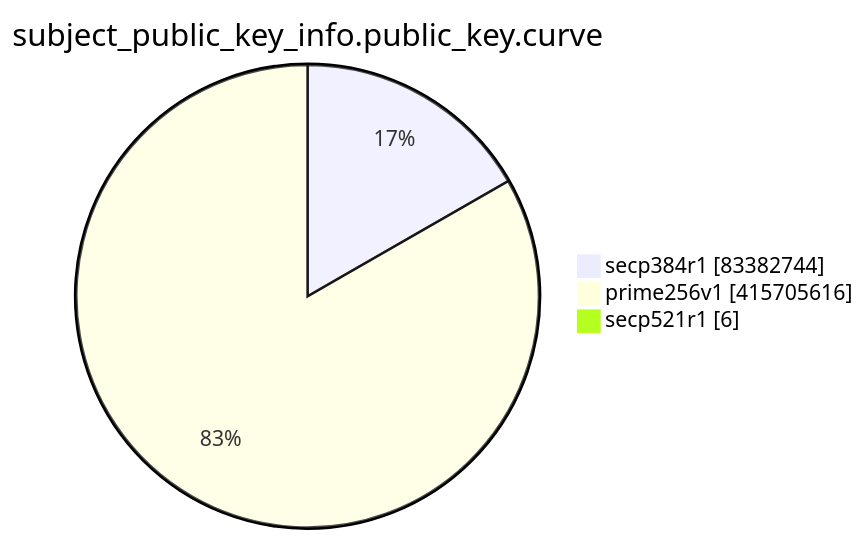
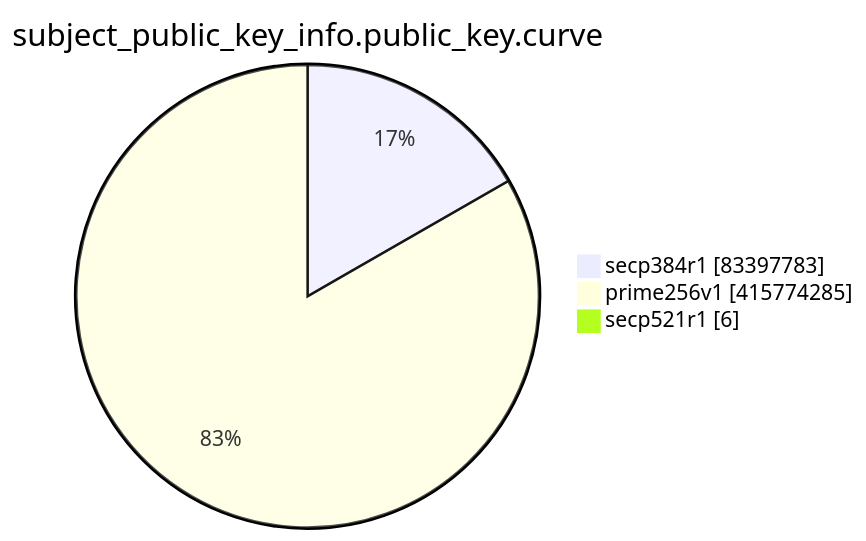
Before and after one commit to christiankrug/ctmonitor_visualization: the eighth of 15 diagrams in TOTAL/README.md, drawn with Mermaid. The commit also changed other lines of this file, not shown here.

````diff
--- a/TOTAL/README.md
+++ b/TOTAL/README.md
@@ -3098,7 +3098,7 @@
 ```mermaid
 pie showData
 title subject_public_key_info.public_key.curve
-"secp384r1" :83382744
-"prime256v1" :415705616
+"secp384r1" :83397783
+"prime256v1" :415774285
 "secp521r1" :6
 ```
````
